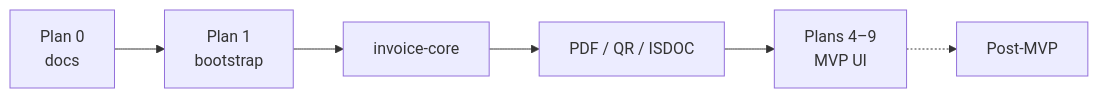
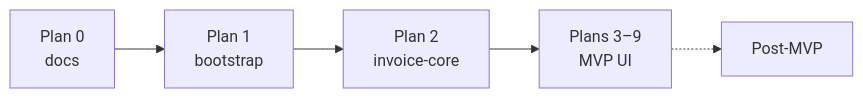
One commit to filipditrich/inveoiceyai changed the second of 2 diagrams in README.md. Above: the diagram before and after it, drawn with Mermaid. The commit also changed other lines of this file and 3 other files, not shown here.

````diff
--- a/README.md
+++ b/README.md
@@ -207,8 +176,7 @@
 ```mermaid
 flowchart LR
     P0["Plan 0<br/>docs"] --> P1["Plan 1<br/>bootstrap"]
-    P1 --> P2["invoice-core"]
-    P2 --> P3["PDF / QR / ISDOC"]
-    P3 --> P9["Plans 4–9<br/>MVP UI"]
-    P9 -.-> Post["Post-MVP"]
+    P1 --> P2["Plan 2<br/>invoice-core"]
+    P2 --> P3["Plans 3–9<br/>MVP UI"]
+    P3 -.-> Post["Post-MVP"]
 ```
````
